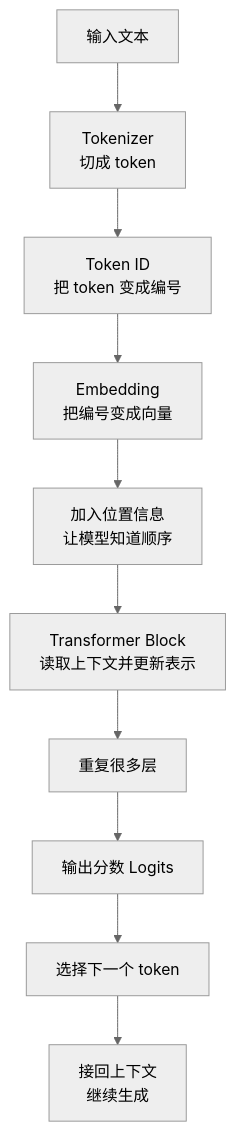
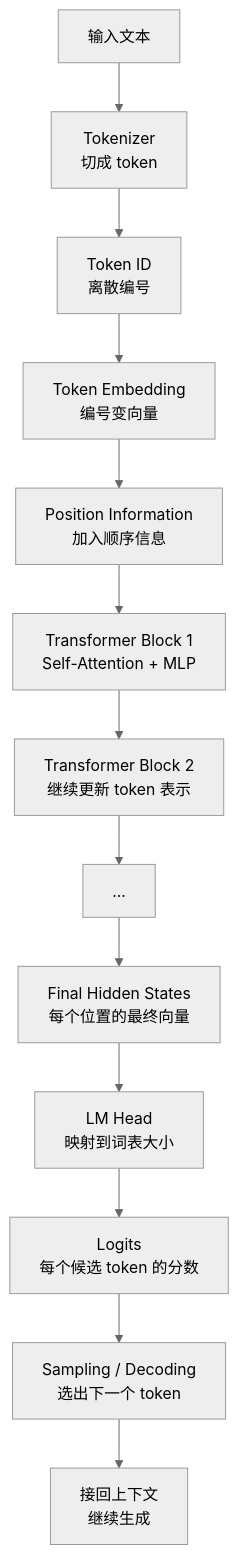
One commit to AmourSec/aikg changed the diagram in docs/02-ai-workloads/transformer.md. Above: the diagram before and after it, drawn with Mermaid (neutral theme). The commit also changed other lines of this file and 7 other files, not shown here.

````diff
--- a/docs/02-ai-workloads/transformer.md
+++ b/docs/02-ai-workloads/transformer.md
@@ -41,12 +67,15 @@
 ```mermaid
 flowchart TD
-  A["输入文本"] --> B["Tokenizer<br/>切成 token"]
-  B --> C["Token ID<br/>把 token 变成编号"]
-  C --> D["Embedding<br/>把编号变成向量"]
-  D --> E["加入位置信息<br/>让模型知道顺序"]
-  E --> F["Transformer Block<br/>读取上下文并更新表示"]
-  F --> G["重复很多层"]
-  G --> H["输出分数 Logits"]
-  H --> I["选择下一个 token"]
-  I --> J["接回上下文<br/>继续生成"]
+    A["输入文本"] --> B["Tokenizer<br/>切成 token"]
+    B --> C["Token ID<br/>离散编号"]
+    C --> D["Token Embedding<br/>编号变向量"]
+    D --> E["Position Information<br/>加入顺序信息"]
+    E --> F["Transformer Block 1<br/>Self-Attention + MLP"]
+    F --> G["Transformer Block 2<br/>继续更新 token 表示"]
+    G --> H["..."]
+    H --> I["Final Hidden States<br/>每个位置的最终向量"]
+    I --> J["LM Head<br/>映射到词表大小"]
+    J --> K["Logits<br/>每个候选 token 的分数"]
+    K --> L["Sampling / Decoding<br/>选出下一个 token"]
+    L --> M["接回上下文<br/>继续生成"]
 ```
````
